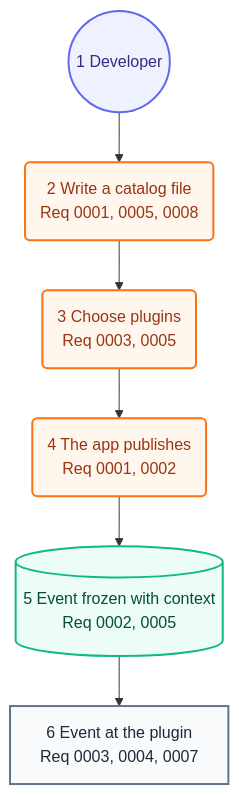
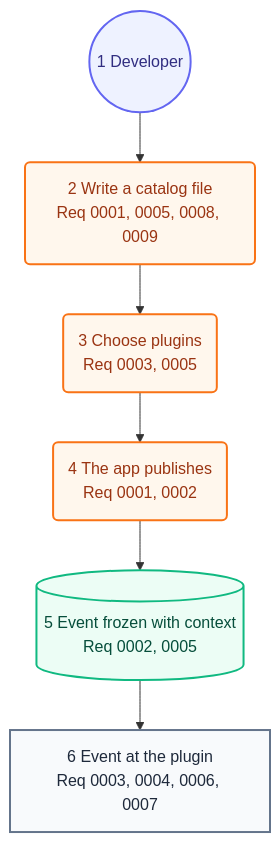
The second of 2 diagrams in docs/architecture/05-user-journey.md (may-journal/Stratum-Observability-Java), drawn with Mermaid before and after one commit. The commit also changed other lines of this file and 32 other files, not shown here.

````diff
--- a/docs/architecture/05-user-journey.md
+++ b/docs/architecture/05-user-journey.md
@@ -31,20 +31,20 @@
 ```mermaid
 flowchart TB
     dev((1 Developer)):::persona
-    catalog(2 Write a catalog file<br/>Req 0001, 0005, 0008):::action
+    catalog(2 Write a catalog file<br/>Req 0001, 0005, 0008, 0009):::action
     plugins(3 Choose plugins<br/>Req 0003, 0005):::action
     publish(4 The app publishes<br/>Req 0001, 0002):::action
     snapshot[(5 Event frozen with context<br/>Req 0002, 0005)]:::system
-    plugin[6 Event at the plugin<br/>Req 0003, 0004, 0007]:::screen
+    plugin[6 Event at the plugin<br/>Req 0003, 0004, 0006, 0007]:::screen
 
     dev --> catalog
     catalog --> plugins
     plugins --> publish
     publish --> snapshot
     snapshot --> plugin
 
     classDef persona fill:#eef2ff,stroke:#6366f1,color:#312e81,stroke-width:2px
     classDef screen fill:#f8fafc,stroke:#64748b,color:#1e293b,stroke-width:2px
     classDef action fill:#fff7ed,stroke:#f97316,color:#9a3412,stroke-width:2px
     classDef system fill:#ecfdf5,stroke:#10b981,color:#064e3b,stroke-width:2px
 ```
````
